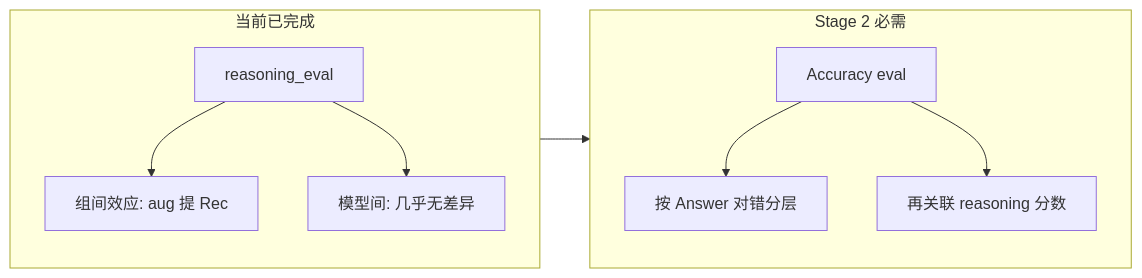
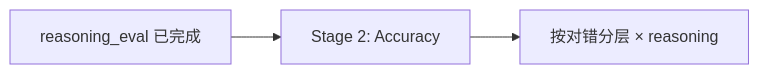
One commit to wumingxin238/MedRBench changed the second of 2 diagrams in docs/reports/STAGE1_EXPERIMENT_REPORT.md. Above: the diagram before and after it, drawn with Mermaid. The commit also changed other lines of this file and 10 other files, not shown here.

````diff
--- a/docs/reports/STAGE1_EXPERIMENT_REPORT.md
+++ b/docs/reports/STAGE1_EXPERIMENT_REPORT.md
@@ -356,16 +263,5 @@
 ```mermaid
 flowchart LR
-  subgraph current [当前已完成]
-    RE[reasoning_eval]
-    RE --> R1[组间效应: aug 提 Rec]
-    RE --> R2[模型间: 几乎无差异]
-  end
-
-  subgraph needed [Stage 2 必需]
-    ACC[Accuracy eval]
-    ACC --> A1[按 Answer 对错分层]
-    ACC --> A2[再关联 reasoning 分数]
-  end
-
-  current --> needed
+  RE[reasoning_eval 已完成] --> ACC[Stage 2: Accuracy]
+  ACC --> X[按对错分层 × reasoning]
 ```
````
